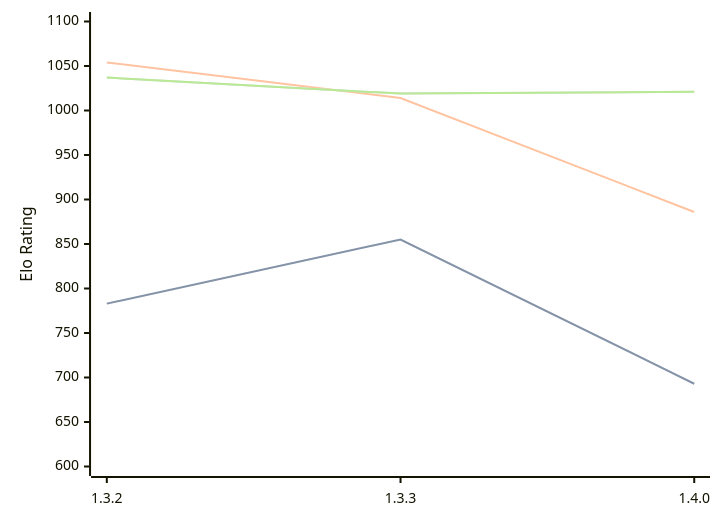
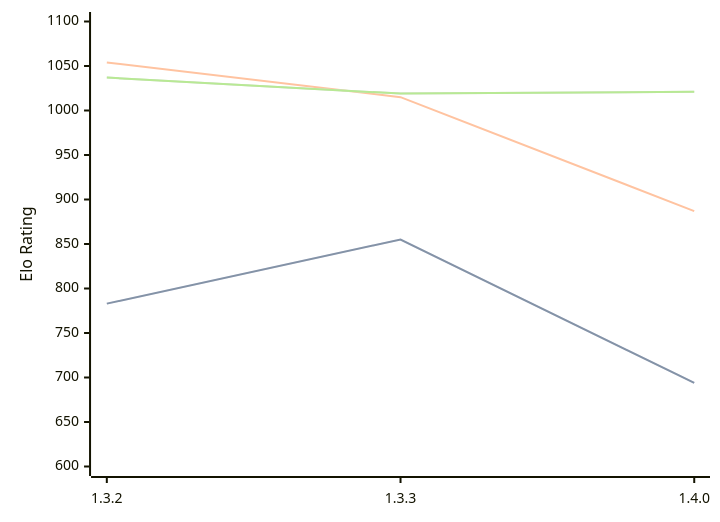
One commit to computer-chess-index/cci changed the diagram in engines/Whitespine.md. Above: the diagram before and after it, drawn with Mermaid. The commit also changed other lines of this file, not shown here.

````diff
--- a/engines/Whitespine.md
+++ b/engines/Whitespine.md
@@ -33,11 +33,11 @@
 ```mermaid
 %%{init: {"theme":"base","themeVariables":{"seriesColors:['#a3a3a3','#222221','#faa371']}}}%%
 xychart-beta
   x-axis ["1.3.2", "1.3.3", "1.4.0"]
   y-axis "Elo Rating" 600 --> 1100
-  line "STC (8.0+0.08s)" [783, 855, 693]
-  line "STC (8.0+0.08s)" [783, 855, 693]
-  line "LTC (60.0+0.60s)" [1054, 1014, 886]
+  line "STC (8.0+0.08s)" [783, 855, 694]
+  line "STC (8.0+0.08s)" [783, 855, 694]
+  line "LTC (60.0+0.60s)" [1054, 1015, 887]
   line "VLTC (2m24s+1.12s)" [1037, 1019, 1021]
   line "VLTC (2m24s+1.12s)" [1037, 1019, 1021]
 ```
````
